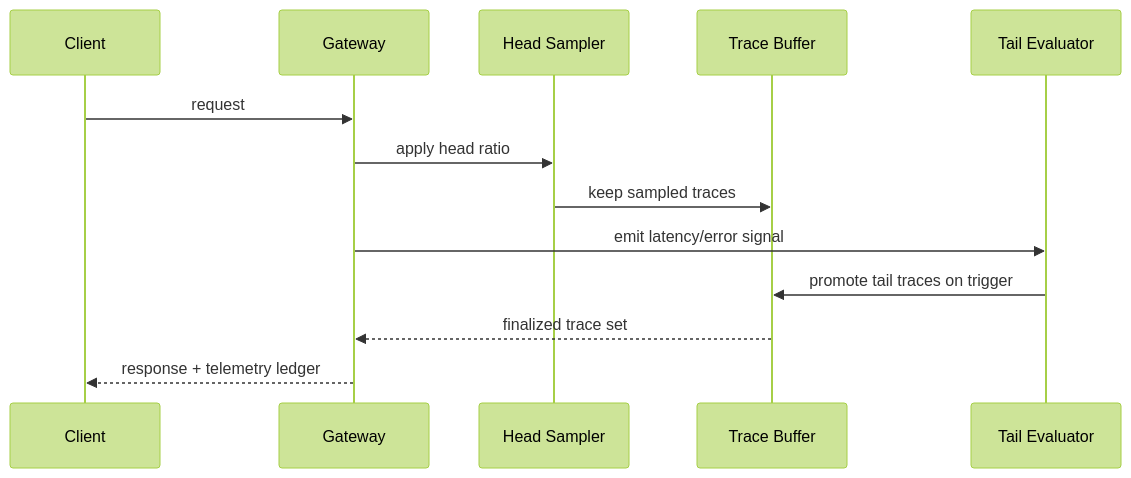
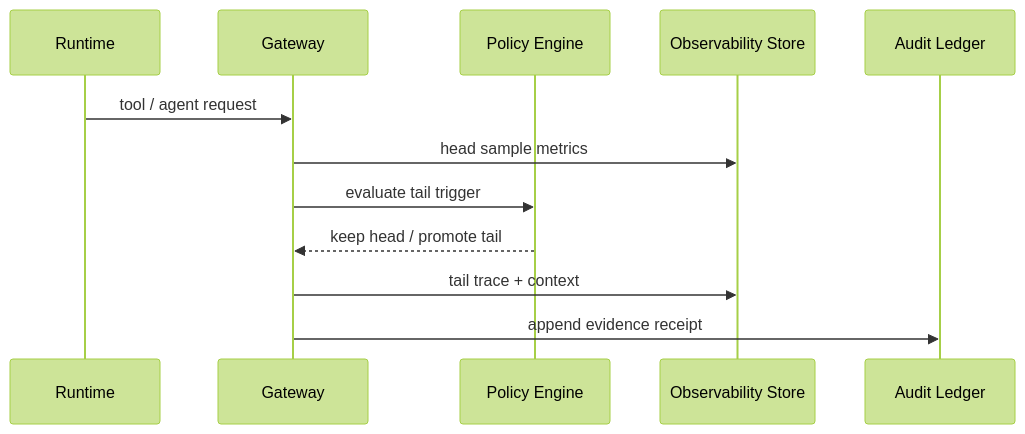
One commit to turbo998/ai-infra-lab changed the third of 3 diagrams in workshops/azure-agent-infra/agent-observability-sampling-selection-faq.md. Above: the diagram before and after it, drawn with Mermaid (forest theme). The commit also changed other lines of this file and 29 other files, not shown here.

````diff
--- a/workshops/azure-agent-infra/agent-observability-sampling-selection-faq.md
+++ b/workshops/azure-agent-infra/agent-observability-sampling-selection-faq.md
@@ -49,15 +50,14 @@
 ```mermaid
 sequenceDiagram
-  participant C as Client
+  participant R as Runtime
   participant G as Gateway
-  participant H as Head Sampler
-  participant B as Trace Buffer
-  participant T as Tail Evaluator
-  C->>G: request
-  G->>H: apply head ratio
-  H->>B: keep sampled traces
-  G->>T: emit latency/error signal
-  T->>B: promote tail traces on trigger
-  B-->>G: finalized trace set
-  G-->>C: response + telemetry ledger
+  participant P as Policy Engine
+  participant O as Observability Store
+  participant L as Audit Ledger
+  R->>G: tool / agent request
+  G->>O: head sample metrics
+  G->>P: evaluate tail trigger
+  P-->>G: keep head / promote tail
+  G->>O: tail trace + context
+  G->>L: append evidence receipt
 ```
````
